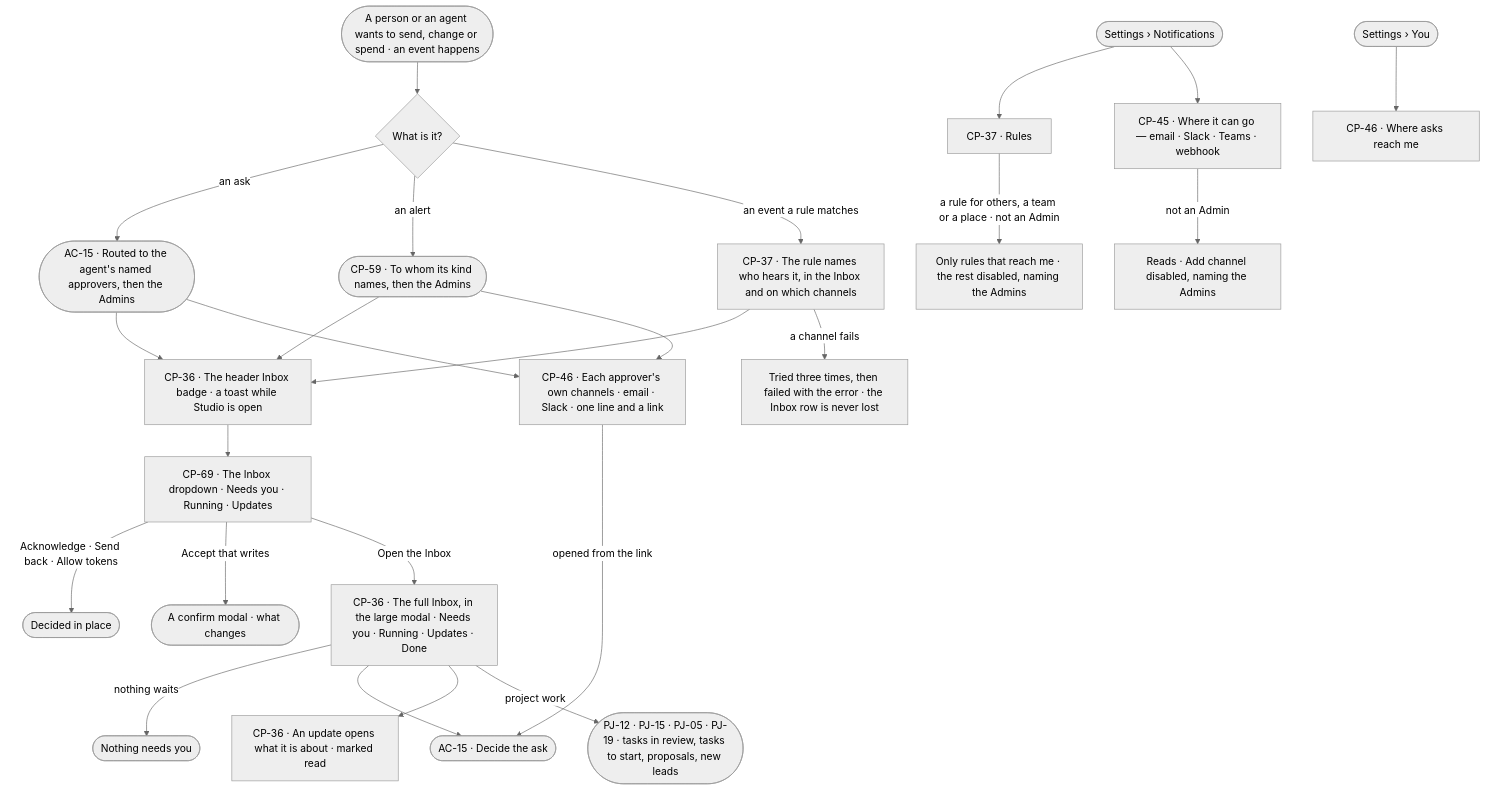
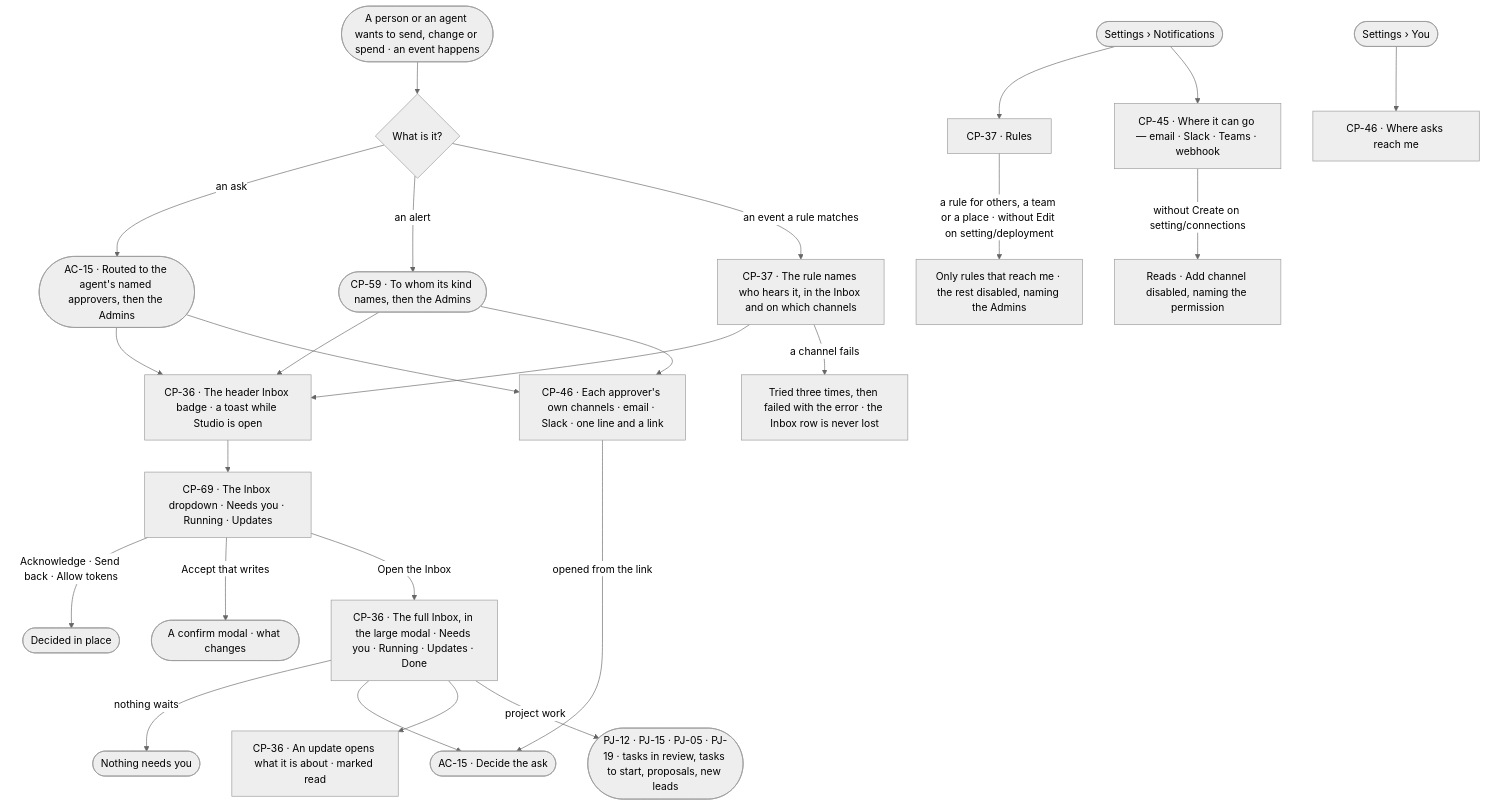
Before and after one commit to invana/invana: the diagram in specs/os/control/features/CP-F08-the-inbox/feature.md, drawn with Mermaid (neutral theme). The commit also changed other lines of this file and 228 other files, not shown here.

````diff
--- a/specs/os/control/features/CP-F08-the-inbox/feature.md
+++ b/specs/os/control/features/CP-F08-the-inbox/feature.md
@@ -26,27 +26,27 @@
 ```mermaid
 flowchart TD
   ev([A person or an agent wants to send, change or spend · an event happens]) --> kind{"What is it?"}
   kind -->|an ask| route(["AC-15 · Routed to the agent's named approvers, then the Admins"])
   route --> cnt["CP-36 · The header Inbox badge · a toast while Studio is open"]
   kind -->|an alert| oa(["CP-59 · To whom its kind names, then the Admins"])
   oa --> cnt
   oa --> mine
   kind -->|an event a rule matches| rule["CP-37 · The rule names who hears it, in the Inbox and on which channels"]
   rule --> cnt
   route --> mine["CP-46 · Each approver's own channels · email · Slack · one line and a link"]
   mine -->|opened from the link| ask
   rule -->|a channel fails| retry["Tried three times, then failed with the error · the Inbox row is never lost"]
   cnt --> dd["CP-69 · The Inbox dropdown · Needs you · Running · Updates"]
   dd -->|Acknowledge · Send back · Allow tokens| inplace(["Decided in place"])
   dd -->|Accept that writes| conf(["A confirm modal · what changes"])
   dd -->|Open the Inbox| inbox["CP-36 · The full Inbox, in the large modal · Needs you · Running · Updates · Done"]
   inbox -->|nothing waits| calm(["Nothing needs you"])
   inbox --> ask(["AC-15 · Decide the ask"])
   inbox --> upd["CP-36 · An update opens what it is about · marked read"]
   inbox -->|project work| pj(["PJ-12 · PJ-15 · PJ-05 · PJ-19 · tasks in review, tasks to start, proposals, new leads"])
   set([Settings › Notifications]) --> r5["CP-37 · Rules"]
-  r5 -->|a rule for others, a team or a place · not an Admin| r5ro["Only rules that reach me · the rest disabled, naming the Admins"]
+  r5 -->|a rule for others, a team or a place · without Edit on setting/deployment| r5ro["Only rules that reach me · the rest disabled, naming the Admins"]
   set --> chs["CP-45 · Where it can go — email · Slack · Teams · webhook"]
-  chs -->|not an Admin| chro["Reads · Add channel disabled, naming the Admins"]
+  chs -->|without Create on setting/connections| chro["Reads · Add channel disabled, naming the permission"]
   me([Settings › You]) --> pref["CP-46 · Where asks reach me"]
 ```
````
